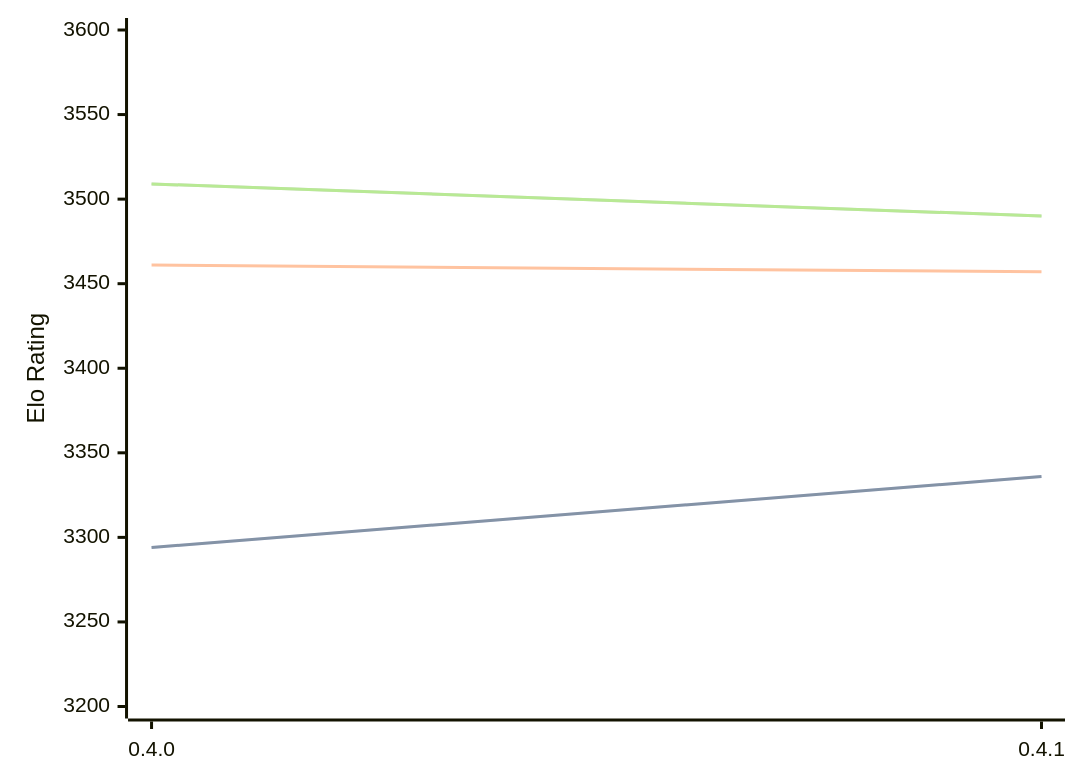
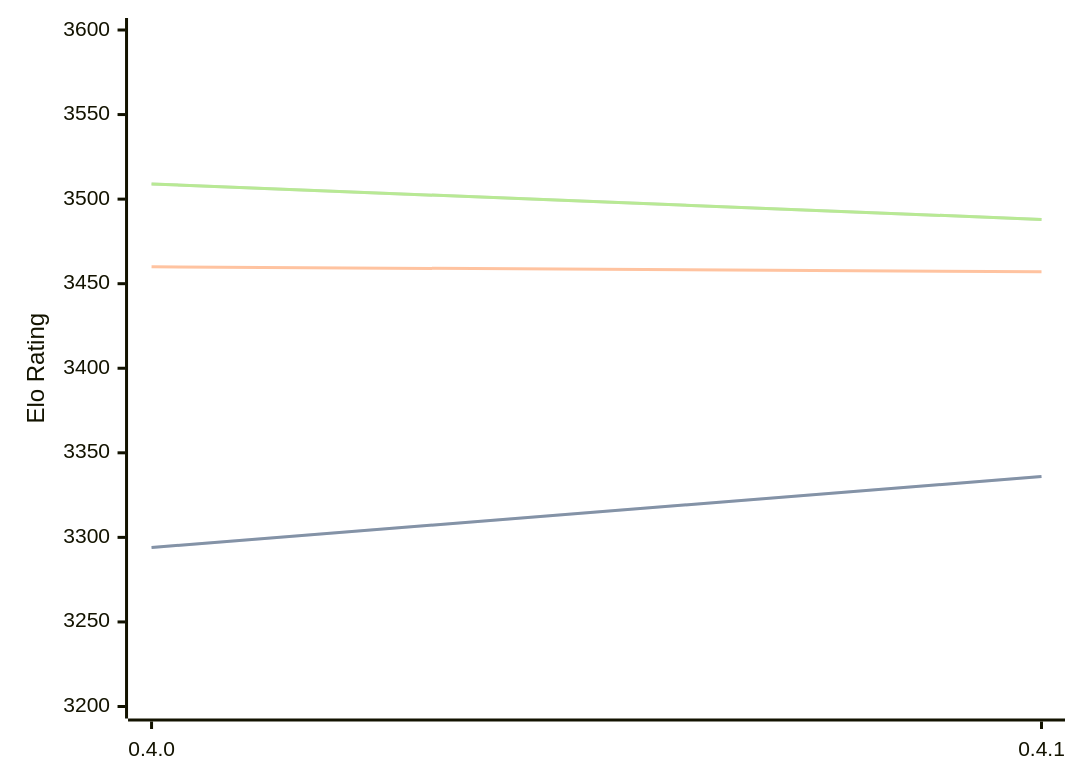
One commit to computer-chess-index/cci changed the diagram in engines/Cinder.md. Above: the diagram before and after it, drawn with Mermaid. The commit also changed other lines of this file, not shown here.

Commit message:
Update CCI Ratings (ELO VLTC) - 2026-06-09

````diff
--- a/engines/Cinder.md
+++ b/engines/Cinder.md
@@ -40,11 +40,11 @@
 ```mermaid
 %%{init: {"theme":"base","themeVariables":{"seriesColors:['#a3a3a3','#222221','#faa371']}}}%%
 xychart-beta
   x-axis ["0.4.0", "0.4.1"]
   y-axis "Elo Rating" 3200 --> 3600
   line "STC (8.0+0.08s)" [3294, 3336]
   line "STC (8.0+0.08s)" [3294, 3336]
-  line "LTC (60.0+0.60s)" [3461, 3457]
-  line "VLTC (2m24s+1.12s)" [3509, 3490]
-  line "VLTC (2m24s+1.12s)" [3509, 3490]
+  line "LTC (60.0+0.60s)" [3460, 3457]
+  line "VLTC (2m24s+1.12s)" [3509, 3488]
+  line "VLTC (2m24s+1.12s)" [3509, 3488]
 ```
````
